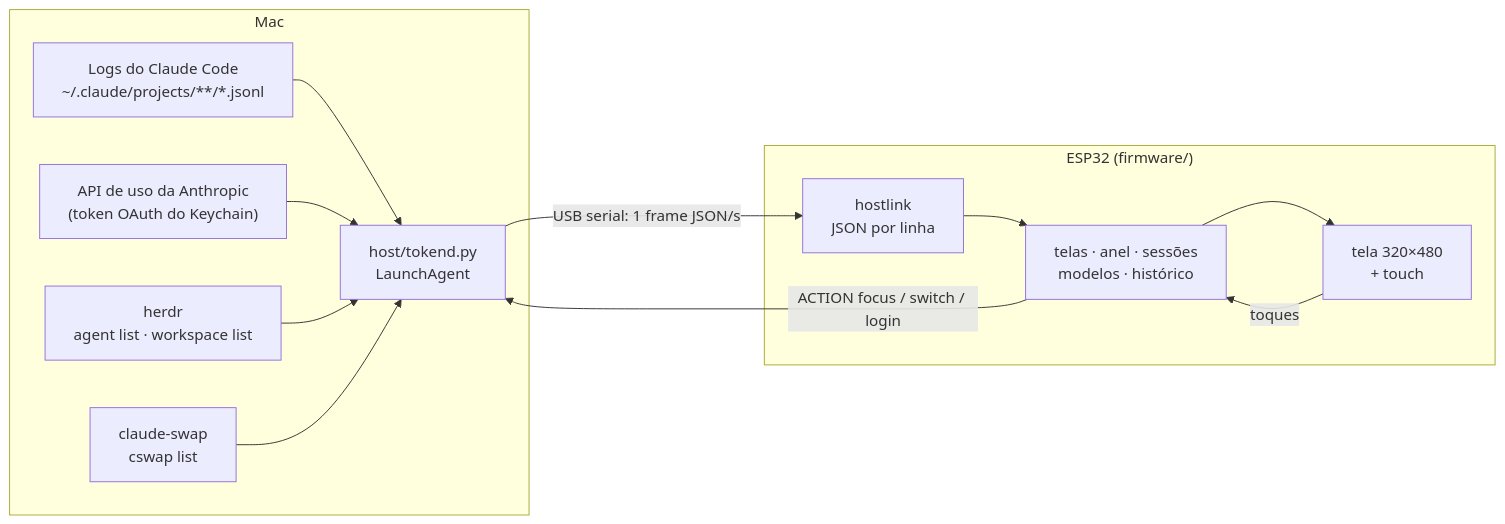
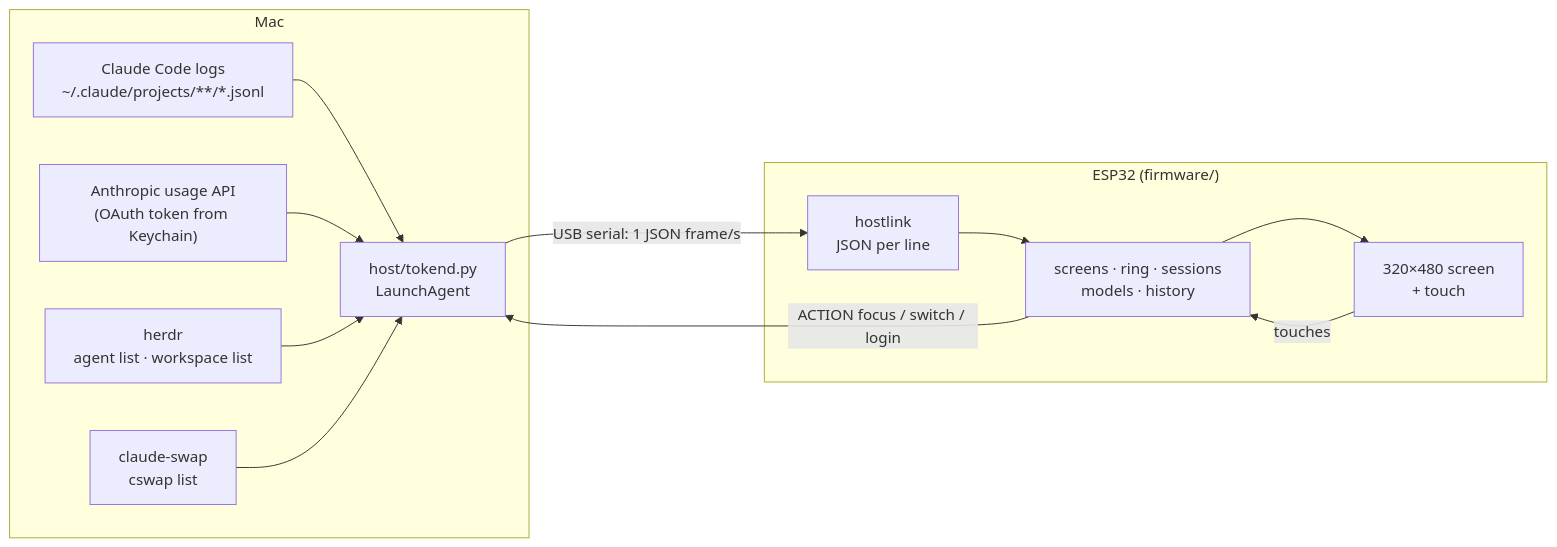
Before and after one commit to gilsondev/tokenpulse: the diagram in README.md, drawn with Mermaid. The commit also changed other lines of this file and 5 other files, not shown here.

````diff
--- a/README.md
+++ b/README.md
@@ -111,23 +117,23 @@
 ```mermaid
 flowchart LR
     subgraph mac["Mac"]
-        logs["Logs do Claude Code<br/>~/.claude/projects/**/*.jsonl"]
-        api["API de uso da Anthropic<br/>(token OAuth do Keychain)"]
+        logs["Claude Code logs<br/>~/.claude/projects/**/*.jsonl"]
+        api["Anthropic usage API<br/>(OAuth token from Keychain)"]
         herdr["herdr<br/>agent list · workspace list"]
         cswap["claude-swap<br/>cswap list"]
         daemon["host/tokend.py<br/>LaunchAgent"]
         logs --> daemon
         api --> daemon
         herdr --> daemon
         cswap --> daemon
     end
     subgraph esp["ESP32 (firmware/)"]
-        link["hostlink<br/>JSON por linha"]
-        ui["telas · anel · sessões<br/>modelos · histórico"]
-        panel["tela 320×480<br/>+ touch"]
+        link["hostlink<br/>JSON per line"]
+        ui["screens · ring · sessions<br/>models · history"]
+        panel["320×480 screen<br/>+ touch"]
         link --> ui --> panel
     end
-    daemon -- "USB serial: 1 frame JSON/s" --> link
-    panel -- "toques" --> ui
+    daemon -- "USB serial: 1 JSON frame/s" --> link
+    panel -- "touches" --> ui
     ui -- "ACTION focus / switch / login" --> daemon
 ```
````
